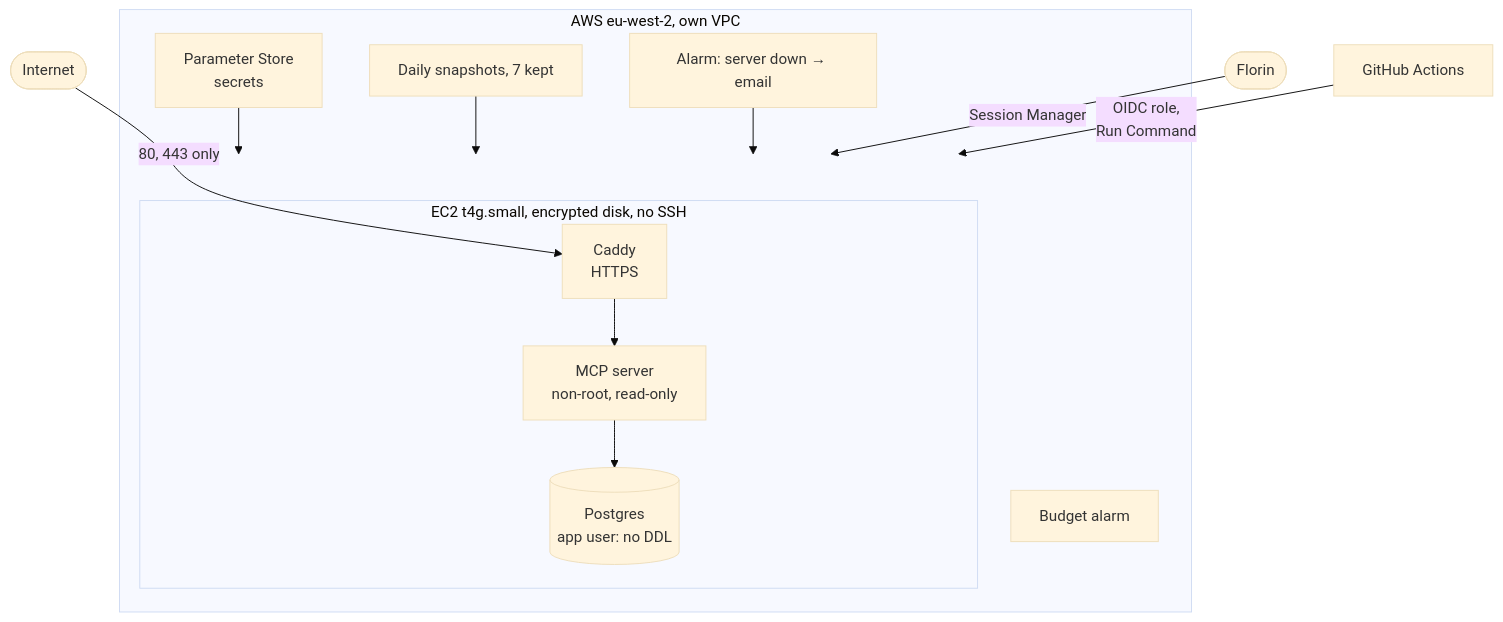
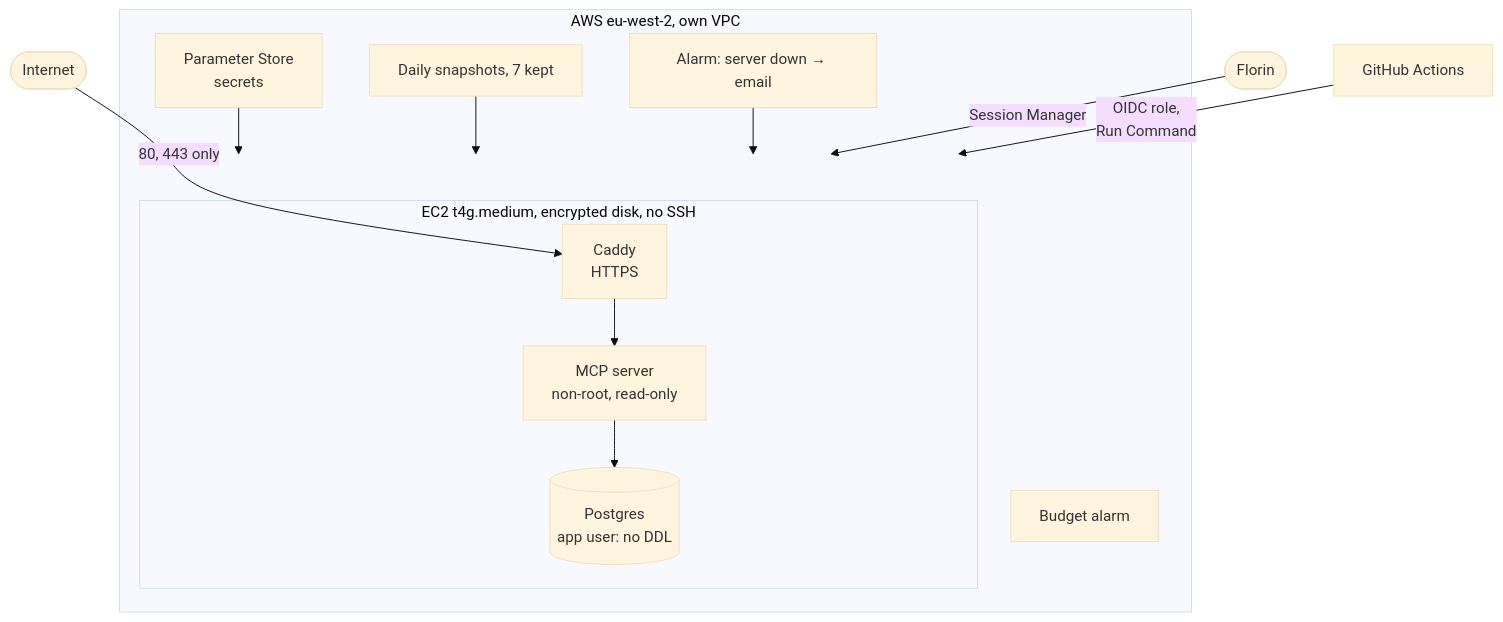
The fourth of 5 diagrams in architecture/design/server.md (florinmarcus/builders_lab), drawn with Mermaid (base theme) before and after one commit. The commit also changed 4 other files, not shown here.

````diff
--- a/architecture/design/server.md
+++ b/architecture/design/server.md
@@ -148,16 +148,16 @@
 ```mermaid
 flowchart TB
     internet(["Internet"]) -->|"80, 443 only"| caddy
     subgraph aws["AWS eu-west-2, own VPC"]
-        subgraph ec2["EC2 t4g.small, encrypted disk, no SSH"]
+        subgraph ec2["EC2 t4g.medium, encrypted disk, no SSH"]
             caddy["Caddy<br/>HTTPS"] --> app["MCP server<br/>non-root, read-only"]
             app --> pg[("Postgres<br/>app user: no DDL")]
         end
         ssm["Parameter Store<br/>secrets"] --> ec2
         dlm["Daily snapshots, 7 kept"] --> ec2
         alarm["Alarm: server down → email"] --> ec2
         budget["Budget alarm"]
     end
     admin(["Florin"]) -->|"Session Manager"| ec2
     gha["GitHub Actions"] -->|"OIDC role,<br/>Run Command"| ec2
 ```
````
